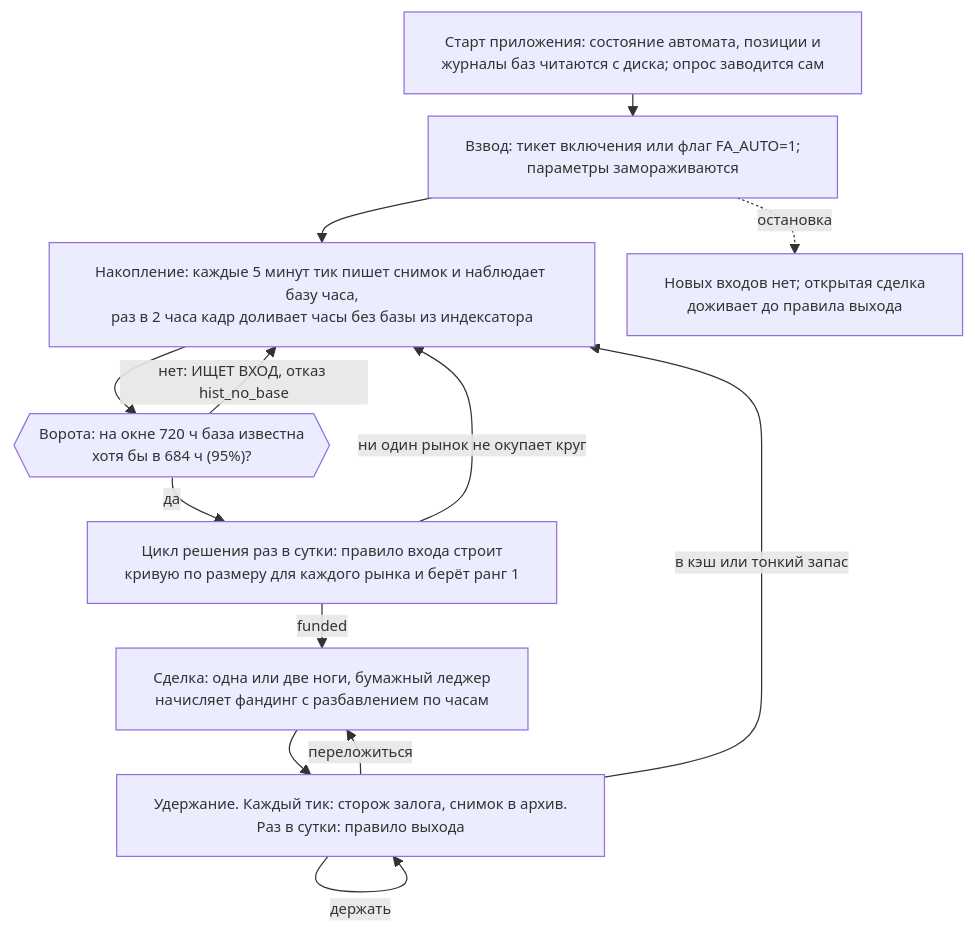
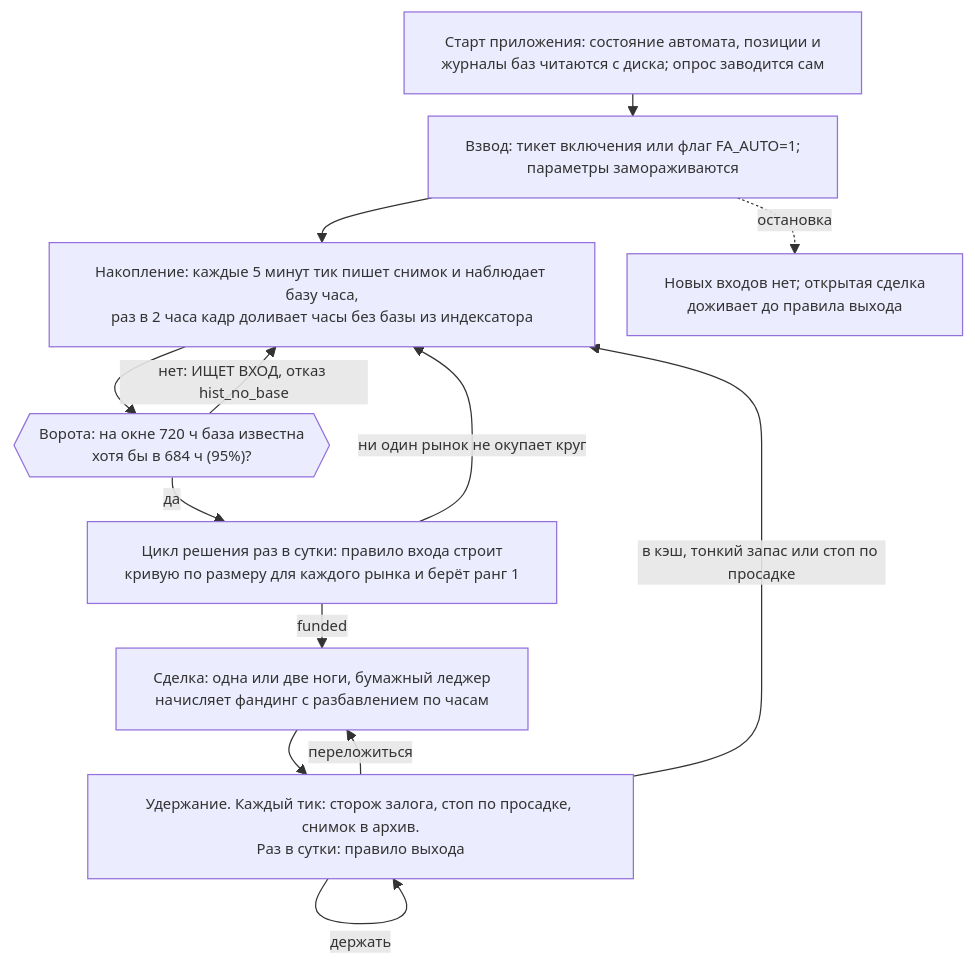
Before and after one commit to hamiltonalex/botLab: the first of 6 diagrams in botLab-desktop/docs/bot1-funding-arb-how-it-works.ru.md, drawn with Mermaid. The commit also changed other lines of this file and 13 other files, not shown here.

````diff
--- a/botLab-desktop/docs/bot1-funding-arb-how-it-works.ru.md
+++ b/botLab-desktop/docs/bot1-funding-arb-how-it-works.ru.md
@@ -52,16 +52,16 @@
 ```mermaid
 %%{init: {"themeVariables": {"fontSize": "12px"}, "flowchart": {"nodeSpacing": 26, "rankSpacing": 18, "diagramPadding": 4, "wrappingWidth": 380}}}%%
 flowchart TD
     A["Старт приложения: состояние автомата, позиции и<br/>журналы баз читаются с диска; опрос заводится сам"] --> B["Взвод: тикет включения или флаг FA_AUTO=1;<br/>параметры замораживаются"]
     B --> C["Накопление: каждые 5 минут тик пишет снимок и наблюдает базу часа,<br/>раз в 2 часа кадр доливает часы без базы из индексатора"]
     C --> D{{"Ворота: на окне 720 ч база известна<br/>хотя бы в 684 ч (95%)?"}}
     D -- "нет: ИЩЕТ ВХОД, отказ hist_no_base" --> C
     D -- "да" --> E["Цикл решения раз в сутки: правило входа строит<br/>кривую по размеру для каждого рынка и берёт ранг 1"]
     E -- "ни один рынок не окупает круг" --> C
     E -- "funded" --> F["Сделка: одна или две ноги, бумажный леджер<br/>начисляет фандинг с разбавлением по часам"]
-    F --> G["Удержание. Каждый тик: сторож залога, снимок в архив.<br/>Раз в сутки: правило выхода"]
+    F --> G["Удержание. Каждый тик: сторож залога, стоп по просадке, снимок в архив.<br/>Раз в сутки: правило выхода"]
     G -- "держать" --> G
-    G -- "в кэш или тонкий запас" --> C
+    G -- "в кэш, тонкий запас или стоп по просадке" --> C
     G -- "переложиться" --> F
     B -. "остановка" .-> H["Новых входов нет; открытая сделка<br/>доживает до правила выхода"]
 ```
````
